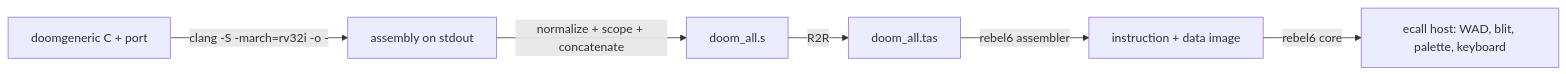
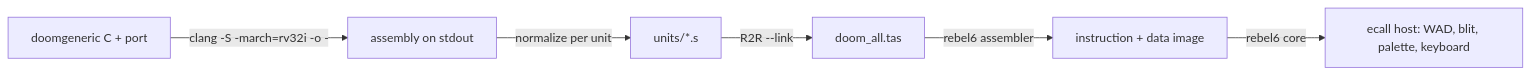
Before and after one commit to Tryquetra/setun-doom: the diagram in docs/rebel6-pipeline.md, drawn with Mermaid. The commit also changed other lines of this file and 4 other files, not shown here.

First line of the commit message:
build(rebel6): link the guest units with R2R --link

````diff
--- a/docs/rebel6-pipeline.md
+++ b/docs/rebel6-pipeline.md
@@ -16,8 +16,8 @@
 ```mermaid
 flowchart LR
   A[doomgeneric C + port] -->|clang -S -march=rv32i -o -| B[assembly on stdout]
-  B -->|normalize + scope + concatenate| C[doom_all.s]
-  C -->|R2R| D[doom_all.tas]
+  B -->|normalize per unit| C[units/*.s]
+  C -->|R2R --link| D[doom_all.tas]
   D -->|rebel6 assembler| E[instruction + data image]
   E -->|rebel6 core| F[ecall host: WAD, blit, palette, keyboard]
 ```
````
